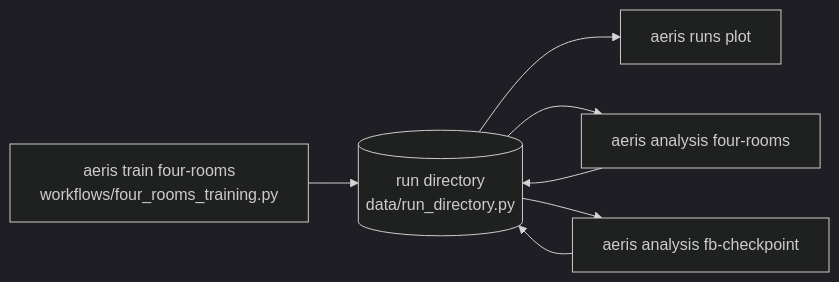
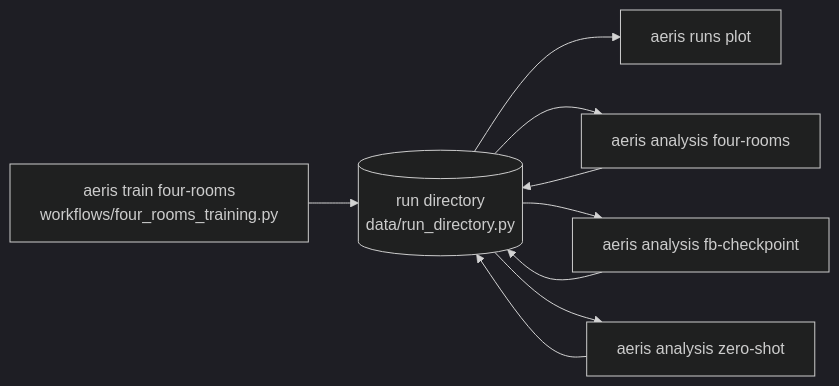
The diagram in docs/architecture/overview.md (Andreas-Sjogren-Furst/predictive-representations-rl), drawn with Mermaid (dark theme) before and after one commit. The commit also changed other lines of this file and 17 other files, not shown here.

First line of the commit message:
Evaluate zero-shot task inference on every Four Rooms goal

````diff
--- a/docs/architecture/overview.md
+++ b/docs/architecture/overview.md
@@ -71,9 +71,11 @@
 ```mermaid
 flowchart LR
     T["aeris train four-rooms<br/>workflows/four_rooms_training.py"] --> R[("run directory<br/>data/run_directory.py")]
     R --> P["aeris runs plot"]
     R --> A["aeris analysis four-rooms"]
     R --> F["aeris analysis fb-checkpoint"]
+    R --> Z["aeris analysis zero-shot"]
     A --> R
     F --> R
+    Z --> R
 ```
````
